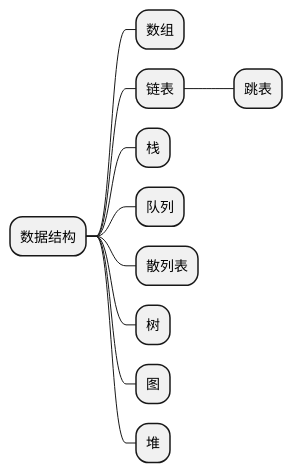
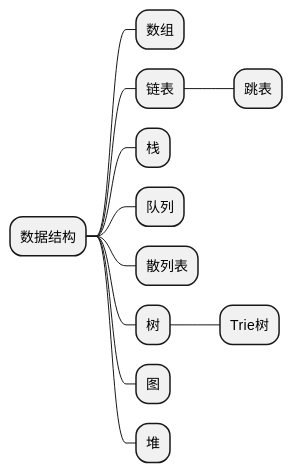
Before and after one commit to liangjunkaili/java: the diagram in src/main/java/study20200825/dataStructure.puml, drawn with PlantUML. The commit also changed 3 other files, not shown here.

```diff
--- a/src/main/java/study20200825/dataStructure.puml
+++ b/src/main/java/study20200825/dataStructure.puml
@@ -1,12 +1,13 @@
 @startmindmap
 * 数据结构
 ** 数组
 ** 链表
 *** 跳表
 ** 栈
 ** 队列
 ** 散列表
 ** 树
+*** Trie树
 ** 图
 ** 堆
 @endmindmap
```
